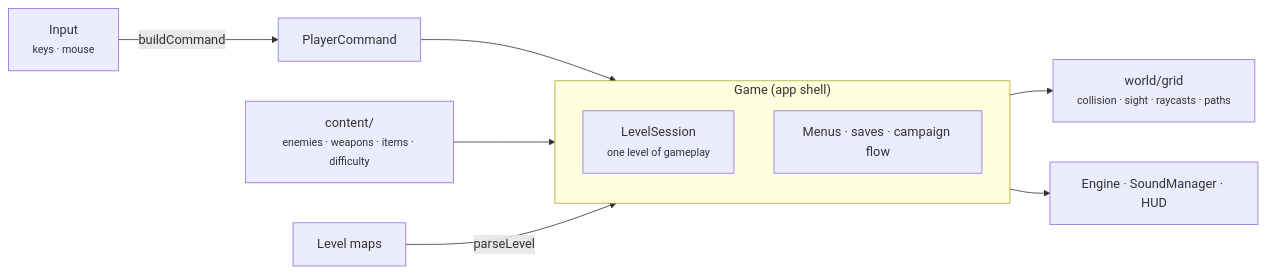
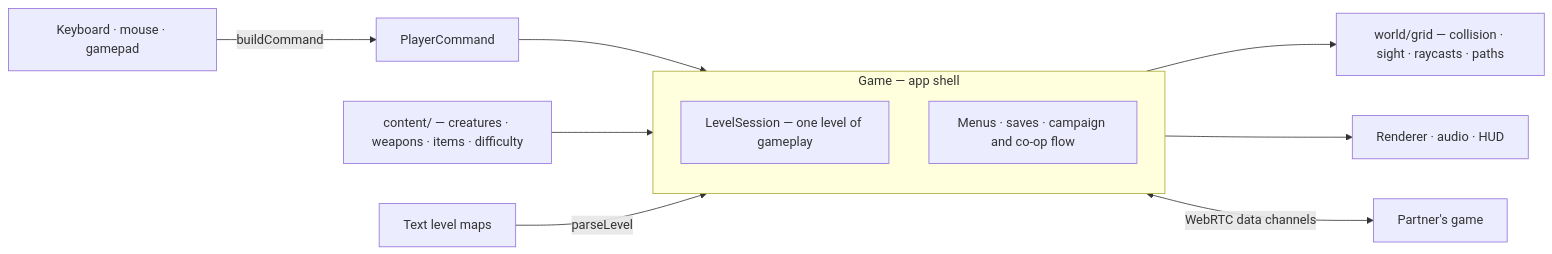
The first of 2 diagrams in README.md (nurmuhammedkanybekov/remnant), drawn with Mermaid before and after one commit. The commit also changed other lines of this file and 54 other files, not shown here.

````diff
--- a/README.md
+++ b/README.md
@@ -266,14 +239,15 @@
 ```mermaid
 flowchart LR
-    Input["Input<br/><small>keys · mouse</small>"] -- buildCommand --> Cmd["PlayerCommand"]
+    Input["Keyboard · mouse · gamepad"] -- buildCommand --> Cmd["PlayerCommand"]
     Cmd --> Session
-    subgraph Game["Game (app shell)"]
+    subgraph Game["Game — app shell"]
         direction TB
-        Menus["Menus · saves · campaign flow"]
-        Session["LevelSession<br/><small>one level of gameplay</small>"]
+        Menus["Menus · saves · campaign and co-op flow"]
+        Session["LevelSession — one level of gameplay"]
     end
-    Content["content/<br/><small>enemies · weapons · items · difficulty</small>"] --> Session
-    Levels["Level maps"] -- parseLevel --> Session
-    Session --> World["world/grid<br/><small>collision · sight · raycasts · paths</small>"]
-    Session --> Services["Engine · SoundManager · HUD"]
+    Content["content/ — creatures · weapons · items · difficulty"] --> Session
+    Levels["Text level maps"] -- parseLevel --> Session
+    Session --> World["world/grid — collision · sight · raycasts · paths"]
+    Session --> Services["Renderer · audio · HUD"]
+    Session <-- "WebRTC data channels" --> Partner["Partner's game"]
 ```
````
